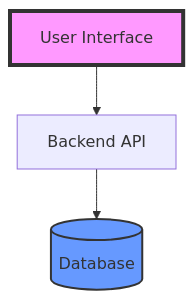
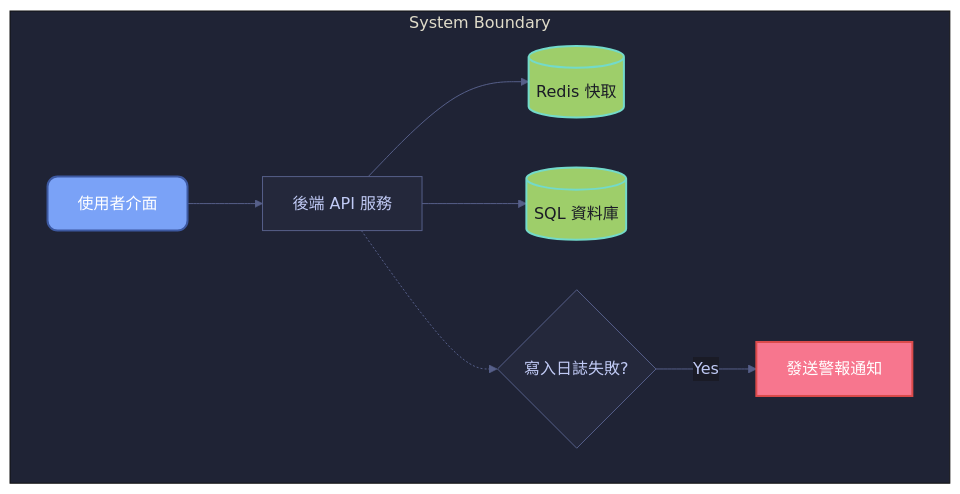
Before and after one commit to jerryyrliu-jpg/my-gemini-skills: the first of 2 diagrams in beautiful-mermaid/SKILL.md, drawn with Mermaid. The commit also changed other lines of this file and 1 other file, not shown here.

Commit message:
docs(beautiful-mermaid): update to v1.2 with theme guides and sequence templates

````diff
--- a/beautiful-mermaid/SKILL.md
+++ b/beautiful-mermaid/SKILL.md
@@ -24,8 +45,28 @@
-   ```mermaid
-   graph TD
-     classDef user fill:#f9f,stroke:#333,stroke-width:4px;
-     classDef db fill:#69f,stroke:#333,stroke-width:2px;
-     
-     User[User Interface]:::user --> API[Backend API]
-     API --> DB[(Database)]:::db
-   ```
+```mermaid
+%%{init: {
+  'theme': 'base',
+  'themeVariables': {
+    'fontFamily': 'Inter, system-ui, sans-serif',
+    'background': '#1a1b26',
+    'primaryColor': '#24283b',
+    'primaryTextColor': '#c0caf5',
+    'lineColor': '#565f89',
+    'edgeLabelBackground':'#1a1b26',
+    'tertiaryColor': '#1f2335'
+  }
+}}%%
+graph TD
+  %% 樣式定義 (ClassDef)
+  classDef user fill:#7aa2f7,stroke:#3d59a1,stroke-width:2px,color:#ffffff,rx:10px,ry:10px;
+  classDef db fill:#9ece6a,stroke:#73daca,stroke-width:2px,color:#1a1b26,rx:6px,ry:6px;
+  classDef process fill:#24283b,stroke:#565f89,stroke-width:1px,color:#c0caf5;
+  classDef warning fill:#f7768e,stroke:#db4b4b,stroke-width:2px,color:#ffffff;
+
+  subgraph 系統邊界 [System Boundary]
+    UI[使用者介面]:::user --> API[後端 API 服務]:::process
+    API --> Cache[(Redis 快取)]:::db
+    API --> DB[(SQL 資料庫)]:::db
+    API -.-> Log{寫入日誌失敗?}:::process
+    Log -- Yes --> Alert[發送警報通知]:::warning
+  end
+```
````
